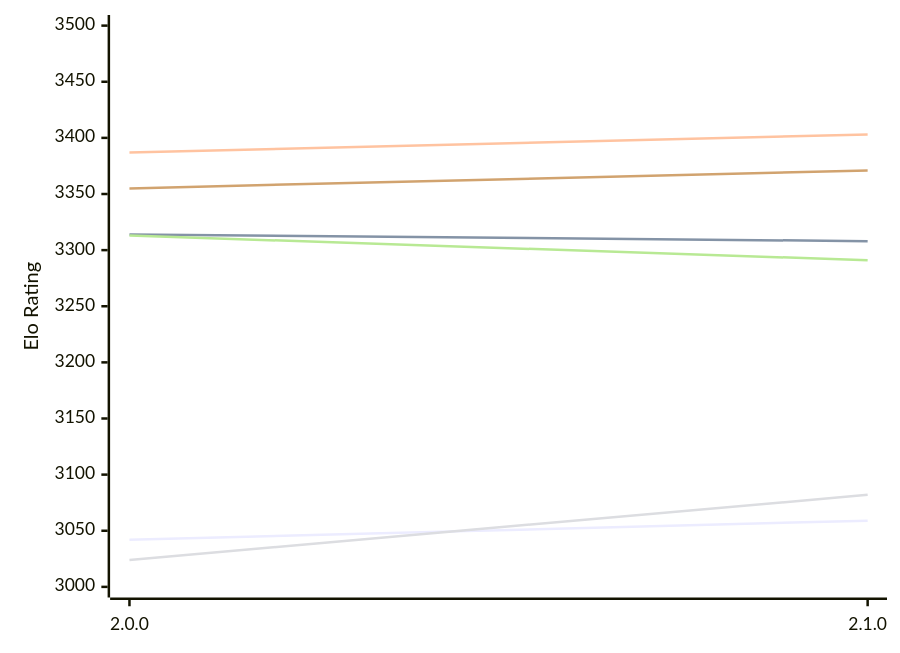
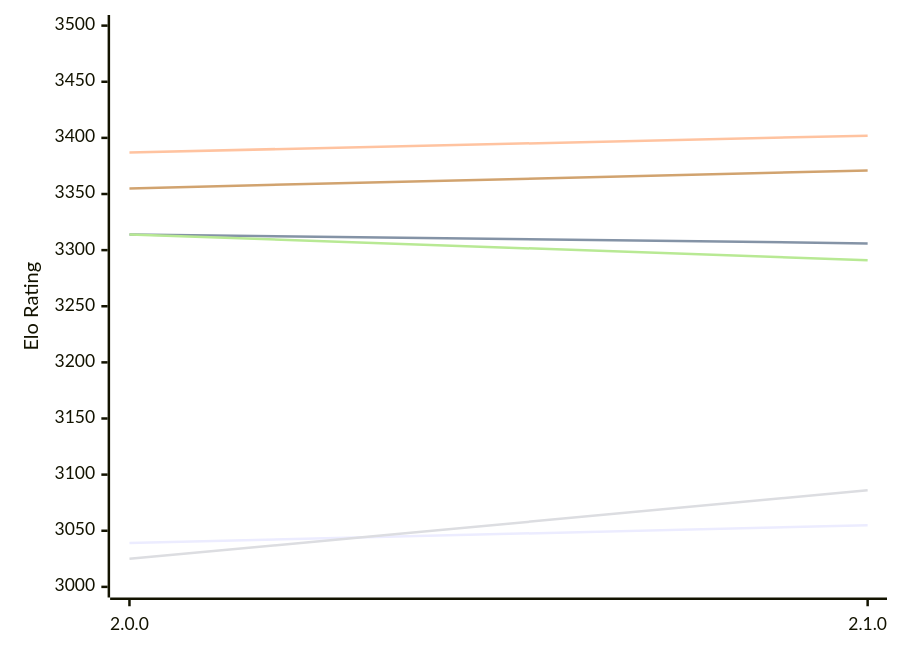
One commit to computer-chess-index/cci changed the diagram in engines/Sapling.md. Above: the diagram before and after it, drawn with Mermaid. The commit also changed other lines of this file, not shown here.

Commit message:
Update CCI Ratings (ELO VLTC) - 2026-11-28

````diff
--- a/engines/Sapling.md
+++ b/engines/Sapling.md
@@ -49,12 +49,12 @@
 ```mermaid
 %%{init: {"theme":"base","themeVariables":{"seriesColors:['#a3a3a3','#222221','#faa371']}}}%%
 xychart-beta
   x-axis ["2.0.0", "2.1.0"]
   y-axis "Elo Rating" 3000 --> 3500
-  line "E1: STC (8.0+0.08s)" [3042, 3059]
-  line "E1: LTC (60.0+0.60s)" [3314, 3308]
-  line "E1: VLTC (2m24s+1.12s)" [3387, 3403]
-  line "P1: STC (8.0+0.08s)" [3024, 3082]
-  line "P1: LTC (60.0+0.60s)" [3313, 3291]
+  line "E1: STC (8.0+0.08s)" [3039, 3055]
+  line "E1: LTC (60.0+0.60s)" [3314, 3306]
+  line "E1: VLTC (2m24s+1.12s)" [3387, 3402]
+  line "P1: STC (8.0+0.08s)" [3025, 3086]
+  line "P1: LTC (60.0+0.60s)" [3314, 3291]
   line "P1: VLTC (2m24s+1.12s)" [3355, 3371]
 ```
````
